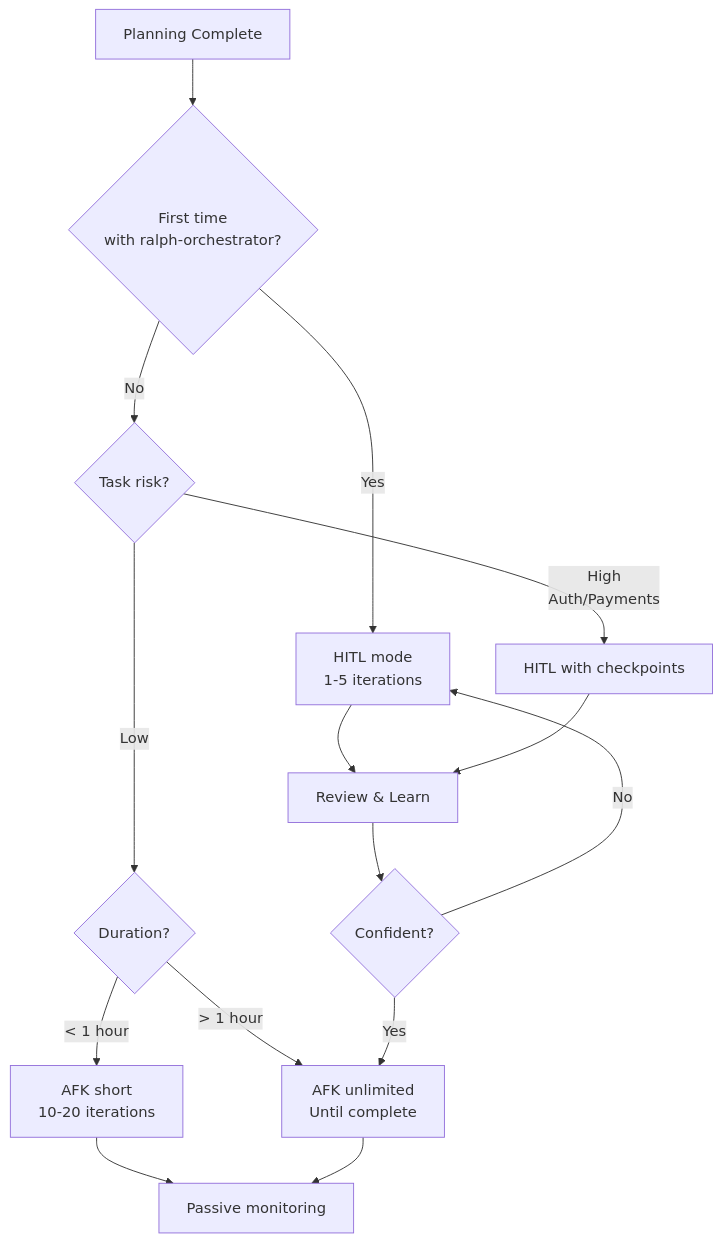
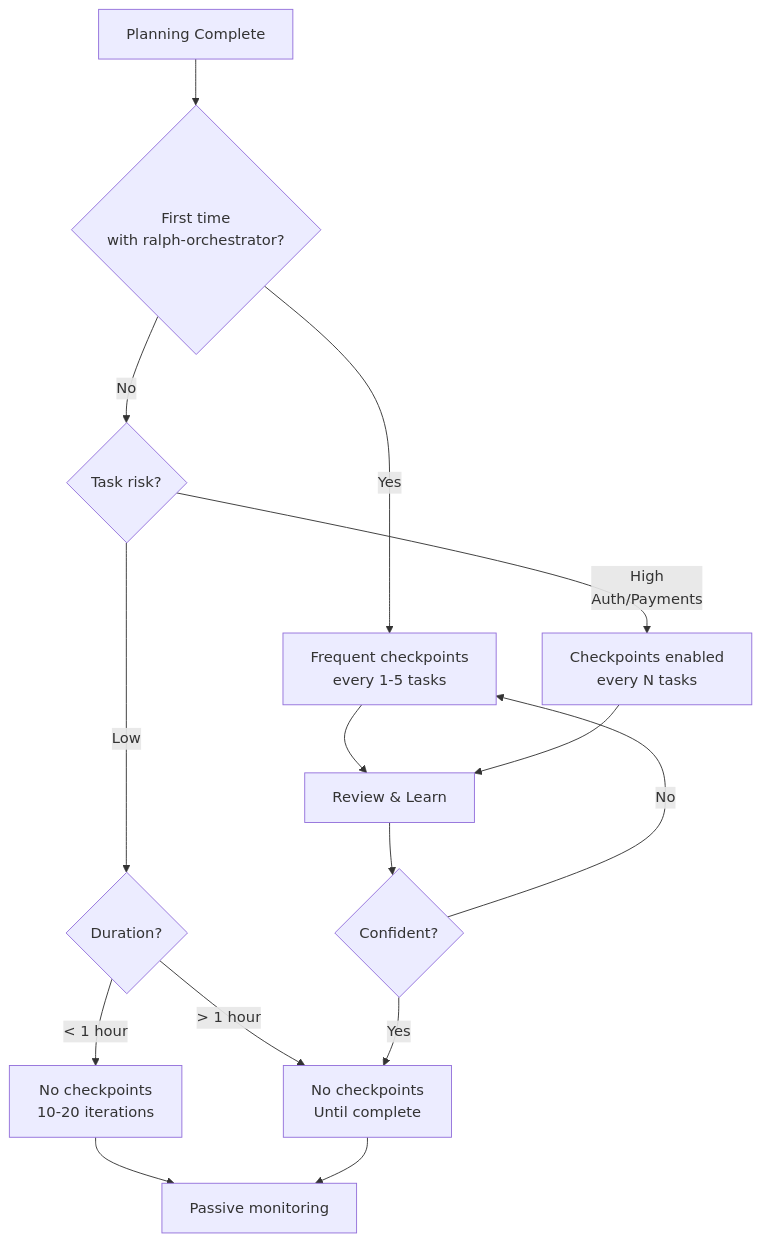
One commit to Dario-Arcos/ai-framework changed the fifth of 5 diagrams in skills/ralph-orchestrator/references/mode-selection.md. Above: the diagram before and after it, drawn with Mermaid. The commit also changed other lines of this file and 13 other files, not shown here.

````diff
--- a/skills/ralph-orchestrator/references/mode-selection.md
+++ b/skills/ralph-orchestrator/references/mode-selection.md
@@ -227,22 +229,22 @@
 ```mermaid
 graph TD
     Ready[Planning Complete] --> Q1{First time<br/>with ralph-orchestrator?}
 
-    Q1 -->|Yes| HITL1[HITL mode<br/>1-5 iterations]
+    Q1 -->|Yes| CP1[Frequent checkpoints<br/>every 1-5 tasks]
     Q1 -->|No| Q2{Task risk?}
 
-    Q2 -->|High<br/>Auth/Payments| HITL2[HITL with checkpoints]
+    Q2 -->|High<br/>Auth/Payments| CP2[Checkpoints enabled<br/>every N tasks]
     Q2 -->|Low| Q3{Duration?}
 
-    Q3 -->|< 1 hour| AFK1[AFK short<br/>10-20 iterations]
-    Q3 -->|> 1 hour| AFK2[AFK unlimited<br/>Until complete]
+    Q3 -->|< 1 hour| NCP1[No checkpoints<br/>10-20 iterations]
+    Q3 -->|> 1 hour| NCP2[No checkpoints<br/>Until complete]
 
-    HITL1 --> Review[Review & Learn]
-    HITL2 --> Review
-    AFK1 --> Monitor[Passive monitoring]
-    AFK2 --> Monitor
+    CP1 --> Review[Review & Learn]
+    CP2 --> Review
+    NCP1 --> Monitor[Passive monitoring]
+    NCP2 --> Monitor
 
     Review --> Q4{Confident?}
-    Q4 -->|Yes| AFK2
-    Q4 -->|No| HITL1
+    Q4 -->|Yes| NCP2
+    Q4 -->|No| CP1
 ```
````
